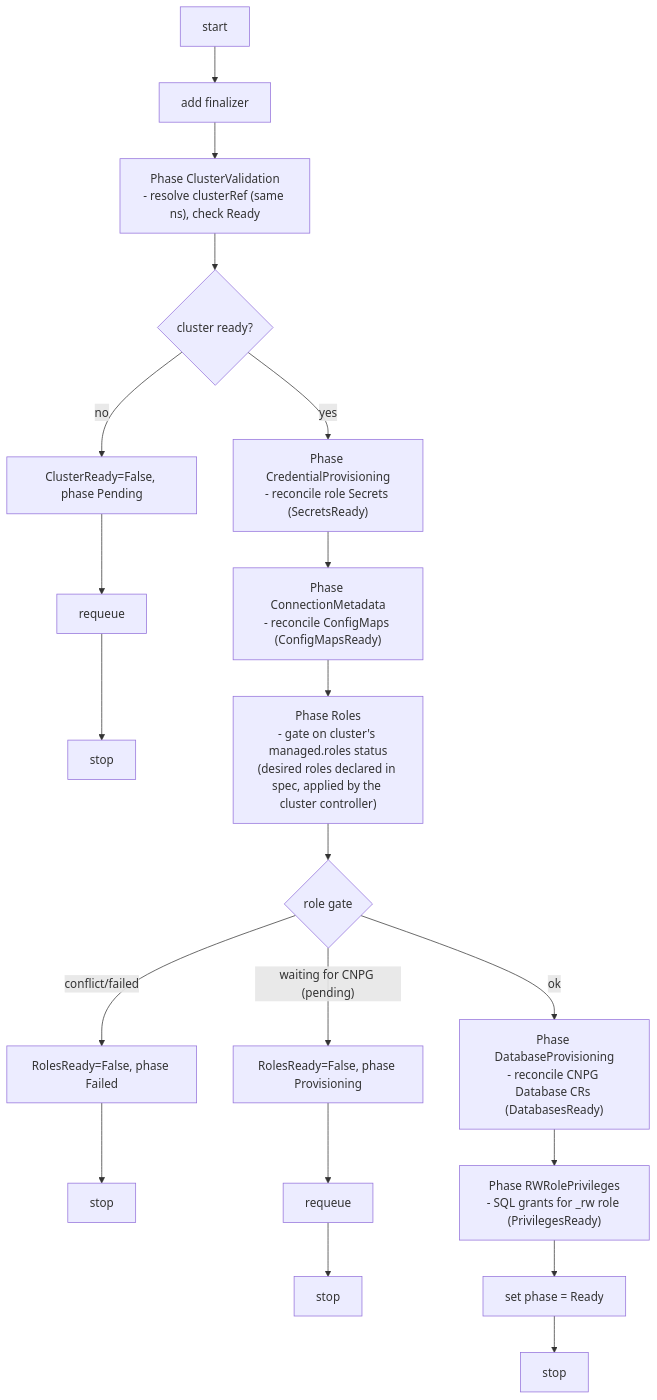
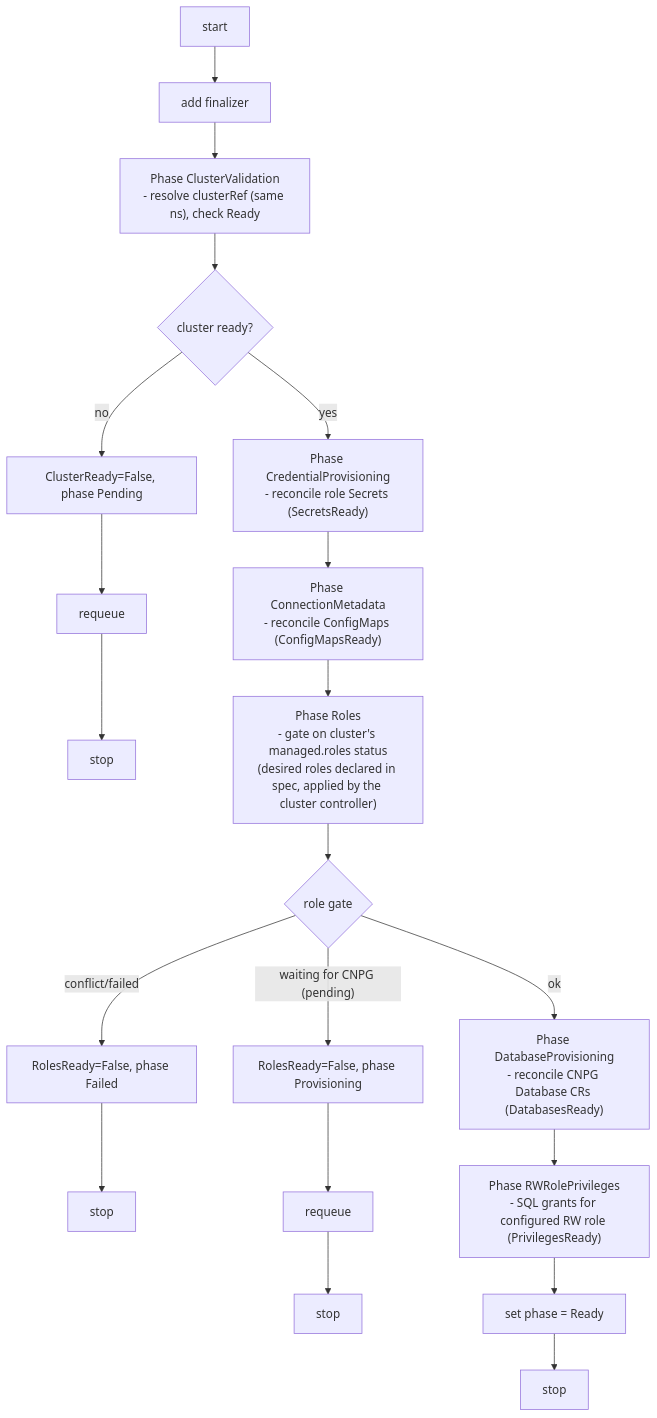
The third of 5 diagrams in docs/postgresql/architecture-overview.md (splunk/splunk-operator), drawn with Mermaid before and after one commit. The commit also changed 20 other files, not shown here.

Commit message:
CPI-2212: Allow custom PostgreSQL role names in PostgresDatabase

````diff
--- a/docs/postgresql/architecture-overview.md
+++ b/docs/postgresql/architecture-overview.md
@@ -164,17 +164,17 @@
 ```mermaid
 flowchart TD
     A[start] --> B[add finalizer]
     B --> C["Phase ClusterValidation\n- resolve clusterRef (same ns), check Ready"]
     C --> D{cluster ready?}
     D -->|no| E["ClusterReady=False, phase Pending"] --> F[requeue] --> Z1[stop]
     D -->|yes| G["Phase CredentialProvisioning\n- reconcile role Secrets (SecretsReady)"]
     G --> H["Phase ConnectionMetadata\n- reconcile ConfigMaps (ConfigMapsReady)"]
     H --> I["Phase Roles\n- gate on cluster's managed.roles status\n(desired roles declared in spec, applied by the cluster controller)"]
     I --> J{role gate}
     J -->|"conflict/failed"| K["RolesReady=False, phase Failed"] --> Z2[stop]
     J -->|"waiting for CNPG (pending)"| L["RolesReady=False, phase Provisioning"] --> M[requeue] --> Z3[stop]
     J -->|ok| N["Phase DatabaseProvisioning\n- reconcile CNPG Database CRs (DatabasesReady)"]
-    N --> O["Phase RWRolePrivileges\n- SQL grants for _rw role (PrivilegesReady)"]
+    N --> O["Phase RWRolePrivileges\n- SQL grants for configured RW role (PrivilegesReady)"]
     O --> P[set phase = Ready]
     P --> Z4[stop]
 ```
````
